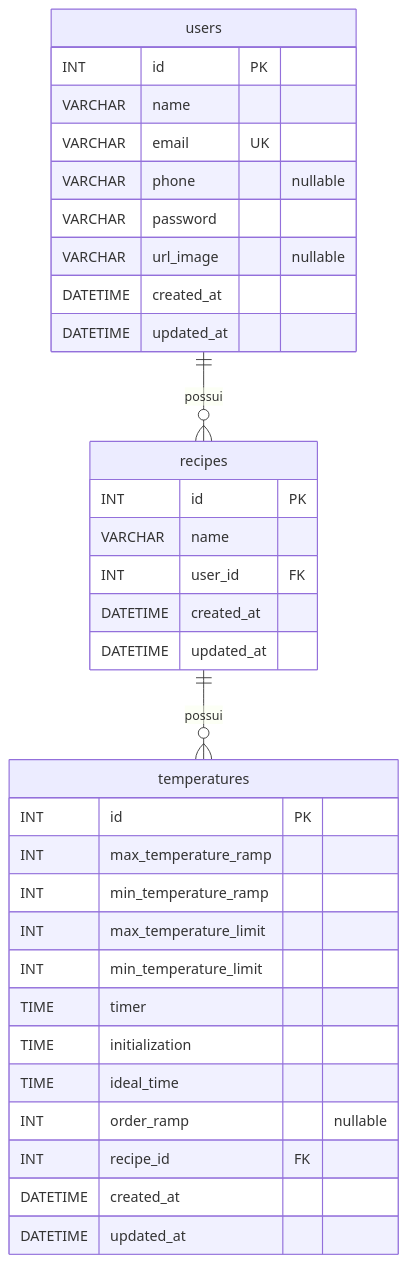
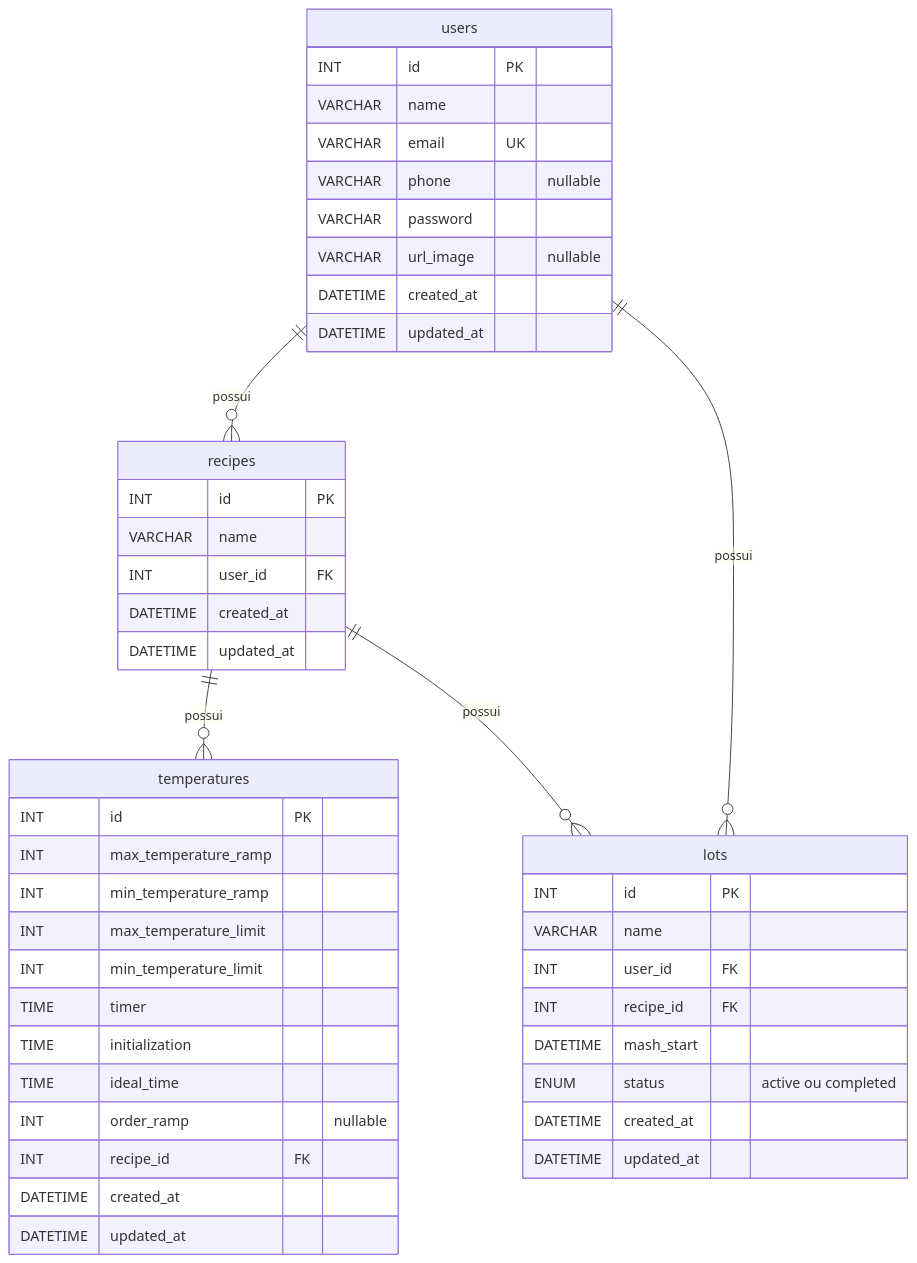
Before and after one commit to conloq/database: the diagram in diagrama_mer_mash.mmd, drawn with Mermaid. The commit also changed 2 other files, not shown here.

Commit message:
docs: incluir a tabela lots no MER implementado (#87)
lots entra no diagrama implementado por decisao de 29/10/2026, antes da migration da #31 entrar na main do Back-End. Se a #31 nao entrar ate 03/11/2026, lots volta para o bloco planejado.

```diff
--- a/diagrama_mer_mash.mmd
+++ b/diagrama_mer_mash.mmd
@@ -1,38 +1,51 @@
-%% Atualizado em 28/10/2026 com base nas migrations de conloq/Back-End.
-%% Somente as tabelas implementadas aparecem neste MER. A tabela sessions foi removida
-%% pela migration 20261028120000-remover-tabela-sessions.
+%% Atualizado em 29/10/2026: inclui a tabela lots.
+%% users, recipes e temperatures vêm das migrations de conloq/Back-End. lots ainda não tem
+%% migration na main do Back-End (#31 em Ready): foi incluída por decisão do Haimon em
+%% 29/10/2026. Se a #31 não entrar até a entrega de 03/11/2026, voltar lots para o MER planejado.
 erDiagram
     users ||--o{ recipes : possui
     recipes ||--o{ temperatures : possui
+    users ||--o{ lots : possui
+    recipes ||--o{ lots : possui
 
     users {
         INT id PK
         VARCHAR name
         VARCHAR email UK
         VARCHAR phone "nullable"
         VARCHAR password
         VARCHAR url_image "nullable"
         DATETIME created_at
         DATETIME updated_at
     }
     recipes {
         INT id PK
         VARCHAR name
         INT user_id FK
         DATETIME created_at
         DATETIME updated_at
     }
     temperatures {
         INT id PK
         INT max_temperature_ramp
         INT min_temperature_ramp
         INT max_temperature_limit
         INT min_temperature_limit
         TIME timer
         TIME initialization
         TIME ideal_time
         INT order_ramp "nullable"
         INT recipe_id FK
         DATETIME created_at
         DATETIME updated_at
     }
+    lots {
+        INT id PK
+        VARCHAR name
+        INT user_id FK
+        INT recipe_id FK
+        DATETIME mash_start
+        ENUM status "active ou completed"
+        DATETIME created_at
+        DATETIME updated_at
+    }
```
